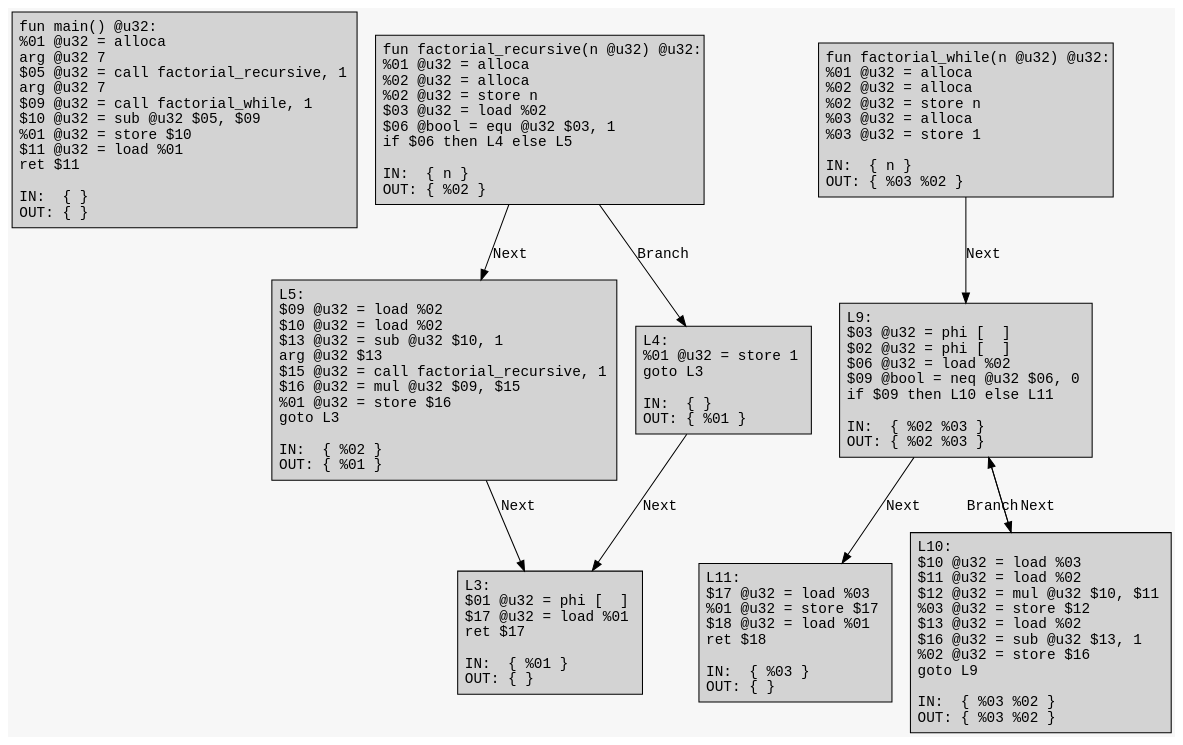
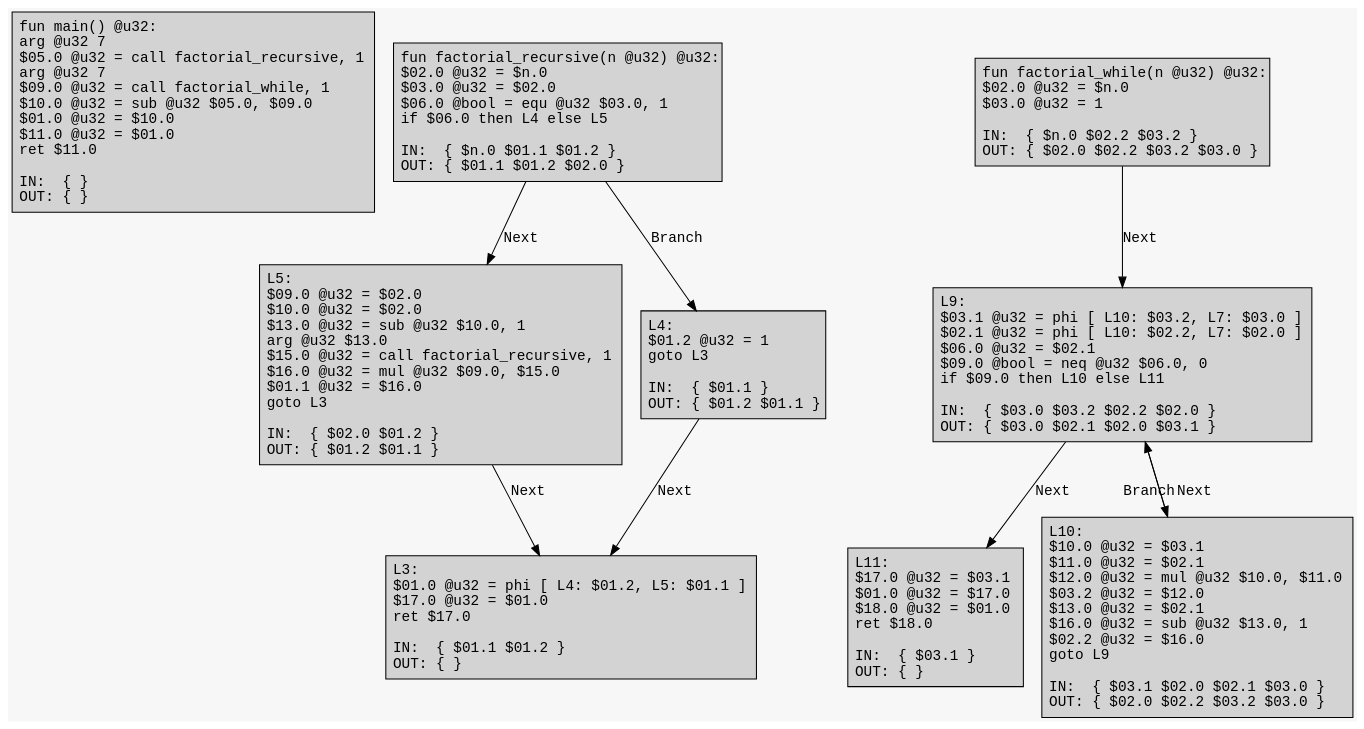
Before and after one commit to ArkoiSystems/arkoi_language: the diagram in example/factorial/factorial.dot, drawn with Graphviz. The commit also changed 12 other files, not shown here.

```diff
--- a/example/factorial/factorial.dot
+++ b/example/factorial/factorial.dot
@@ -1,25 +1,25 @@
 digraph CFG {
 	graph [fontname = "Monospace"];
 	node  [fontname = "Monospace", shape=box, style=filled, margin=0.1];
 	edge  [fontname = "Monospace"];
 	bgcolor = "#f7f7f7";
 	splines = false;
 
-	L0 [label="fun main() @u32:\l %01 @u32 = alloca\l arg @u32 7\l $05 @u32 = call factorial_recursive, 1\l arg @u32 7\l $09 @u32 = call factorial_while, 1\l $10 @u32 = sub @u32 $05, $09\l %01 @u32 = store $10\l $11 @u32 = load %01\l ret $11\l\lIN:  { }\lOUT: { }\l"];
-	L2 [label="fun factorial_recursive(n @u32) @u32:\l %01 @u32 = alloca\l %02 @u32 = alloca\l %02 @u32 = store n\l $03 @u32 = load %02\l $06 @bool = equ @u32 $03, 1\l if $06 then L4 else L5\l\lIN:  { n }\lOUT: { %02 }\l"];
+	L0 [label="fun main() @u32:\l arg @u32 7\l $05.0 @u32 = call factorial_recursive, 1\l arg @u32 7\l $09.0 @u32 = call factorial_while, 1\l $10.0 @u32 = sub @u32 $05.0, $09.0\l $01.0 @u32 = $10.0\l $11.0 @u32 = $01.0\l ret $11.0\l\lIN:  { }\lOUT: { }\l"];
+	L2 [label="fun factorial_recursive(n @u32) @u32:\l $02.0 @u32 = $n.0\l $03.0 @u32 = $02.0\l $06.0 @bool = equ @u32 $03.0, 1\l if $06.0 then L4 else L5\l\lIN:  { $n.0 $01.1 $01.2 }\lOUT: { $01.1 $01.2 $02.0 }\l"];
 	L2 -> L5 [label="Next"];
 	L2 -> L4 [label="Branch"];
-	L5 [label="L5:\l $09 @u32 = load %02\l $10 @u32 = load %02\l $13 @u32 = sub @u32 $10, 1\l arg @u32 $13\l $15 @u32 = call factorial_recursive, 1\l $16 @u32 = mul @u32 $09, $15\l %01 @u32 = store $16\l goto L3\l\lIN:  { %02 }\lOUT: { %01 }\l"];
+	L5 [label="L5:\l $09.0 @u32 = $02.0\l $10.0 @u32 = $02.0\l $13.0 @u32 = sub @u32 $10.0, 1\l arg @u32 $13.0\l $15.0 @u32 = call factorial_recursive, 1\l $16.0 @u32 = mul @u32 $09.0, $15.0\l $01.1 @u32 = $16.0\l goto L3\l\lIN:  { $02.0 $01.2 }\lOUT: { $01.2 $01.1 }\l"];
 	L5 -> L3 [label="Next"];
-	L3 [label="L3:\l $01 @u32 = phi [  ]\l $17 @u32 = load %01\l ret $17\l\lIN:  { %01 }\lOUT: { }\l"];
-	L4 [label="L4:\l %01 @u32 = store 1\l goto L3\l\lIN:  { }\lOUT: { %01 }\l"];
+	L3 [label="L3:\l $01.0 @u32 = phi [ L4: $01.2, L5: $01.1 ]\l $17.0 @u32 = $01.0\l ret $17.0\l\lIN:  { $01.1 $01.2 }\lOUT: { }\l"];
+	L4 [label="L4:\l $01.2 @u32 = 1\l goto L3\l\lIN:  { $01.1 }\lOUT: { $01.2 $01.1 }\l"];
 	L4 -> L3 [label="Next"];
-	L7 [label="fun factorial_while(n @u32) @u32:\l %01 @u32 = alloca\l %02 @u32 = alloca\l %02 @u32 = store n\l %03 @u32 = alloca\l %03 @u32 = store 1\l\lIN:  { n }\lOUT: { %03 %02 }\l"];
+	L7 [label="fun factorial_while(n @u32) @u32:\l $02.0 @u32 = $n.0\l $03.0 @u32 = 1\l\lIN:  { $n.0 $02.2 $03.2 }\lOUT: { $02.0 $02.2 $03.2 $03.0 }\l"];
 	L7 -> L9 [label="Next"];
-	L9 [label="L9:\l $03 @u32 = phi [  ]\l $02 @u32 = phi [  ]\l $06 @u32 = load %02\l $09 @bool = neq @u32 $06, 0\l if $09 then L10 else L11\l\lIN:  { %02 %03 }\lOUT: { %02 %03 }\l"];
+	L9 [label="L9:\l $03.1 @u32 = phi [ L10: $03.2, L7: $03.0 ]\l $02.1 @u32 = phi [ L10: $02.2, L7: $02.0 ]\l $06.0 @u32 = $02.1\l $09.0 @bool = neq @u32 $06.0, 0\l if $09.0 then L10 else L11\l\lIN:  { $03.0 $03.2 $02.2 $02.0 }\lOUT: { $03.0 $02.1 $02.0 $03.1 }\l"];
 	L9 -> L11 [label="Next"];
 	L9 -> L10 [label="Branch"];
-	L11 [label="L11:\l $17 @u32 = load %03\l %01 @u32 = store $17\l $18 @u32 = load %01\l ret $18\l\lIN:  { %03 }\lOUT: { }\l"];
-	L10 [label="L10:\l $10 @u32 = load %03\l $11 @u32 = load %02\l $12 @u32 = mul @u32 $10, $11\l %03 @u32 = store $12\l $13 @u32 = load %02\l $16 @u32 = sub @u32 $13, 1\l %02 @u32 = store $16\l goto L9\l\lIN:  { %03 %02 }\lOUT: { %03 %02 }\l"];
+	L11 [label="L11:\l $17.0 @u32 = $03.1\l $01.0 @u32 = $17.0\l $18.0 @u32 = $01.0\l ret $18.0\l\lIN:  { $03.1 }\lOUT: { }\l"];
+	L10 [label="L10:\l $10.0 @u32 = $03.1\l $11.0 @u32 = $02.1\l $12.0 @u32 = mul @u32 $10.0, $11.0\l $03.2 @u32 = $12.0\l $13.0 @u32 = $02.1\l $16.0 @u32 = sub @u32 $13.0, 1\l $02.2 @u32 = $16.0\l goto L9\l\lIN:  { $03.1 $02.0 $02.1 $03.0 }\lOUT: { $02.0 $02.2 $03.2 $03.0 }\l"];
 	L10 -> L9 [label="Next"];
 }
```
